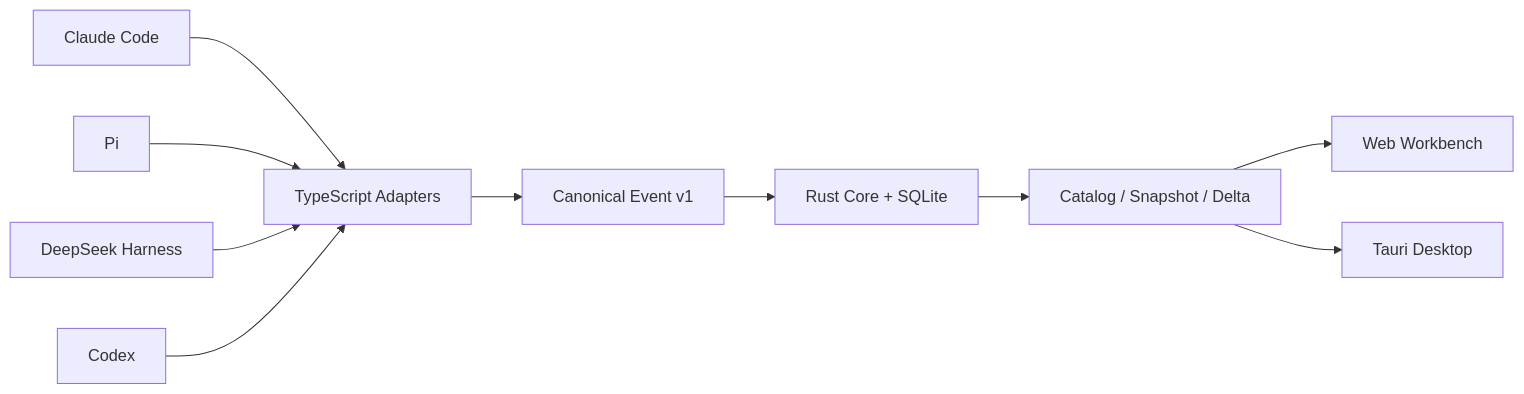
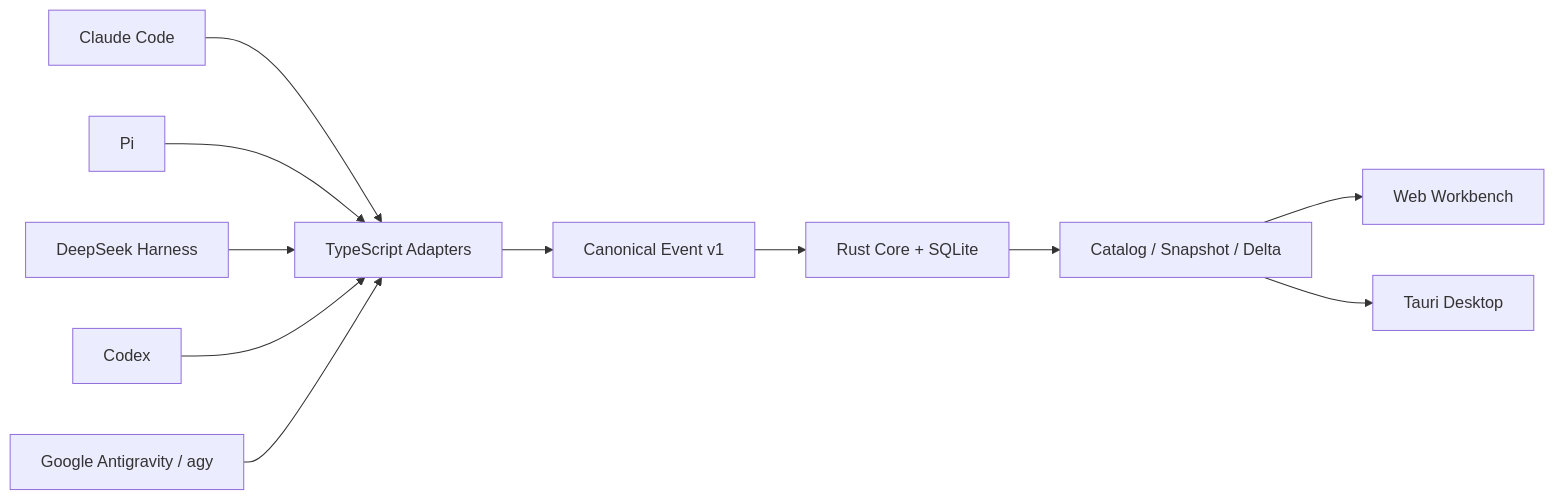
One commit to wang-zhengxin/orchetrace changed the diagram in README.md. Above: the diagram before and after it, drawn with Mermaid. The commit also changed other lines of this file and 53 other files, not shown here.

````diff
--- a/README.md
+++ b/README.md
@@ -49,12 +54,13 @@
 ```mermaid
 flowchart LR
     Claude["Claude Code"] --> Adapters["TypeScript Adapters"]
     Pi["Pi"] --> Adapters
     Harness["DeepSeek Harness"] --> Adapters
     Codex["Codex"] --> Adapters
+    Antigravity["Google Antigravity / agy"] --> Adapters
     Adapters --> Protocol["Canonical Event v1"]
     Protocol --> Core["Rust Core + SQLite"]
     Core --> Projection["Catalog / Snapshot / Delta"]
     Projection --> Web["Web Workbench"]
     Projection --> Desktop["Tauri Desktop"]
 ```
````
